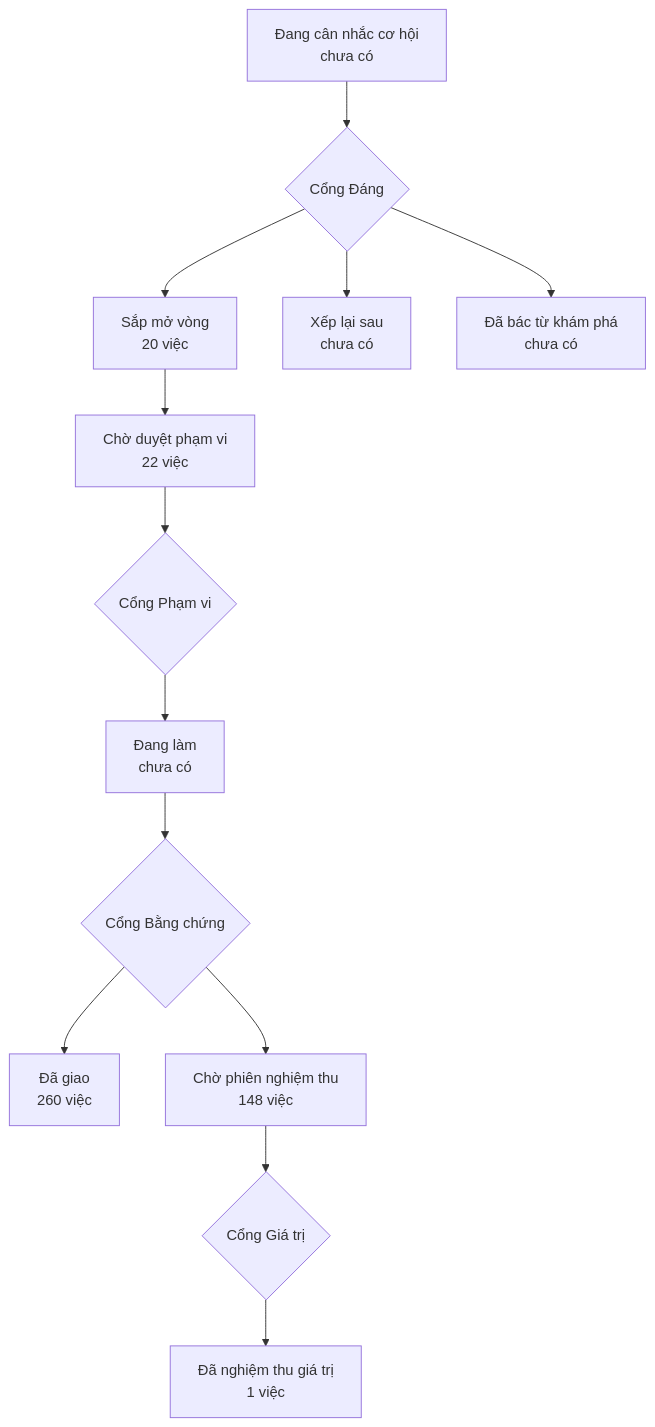
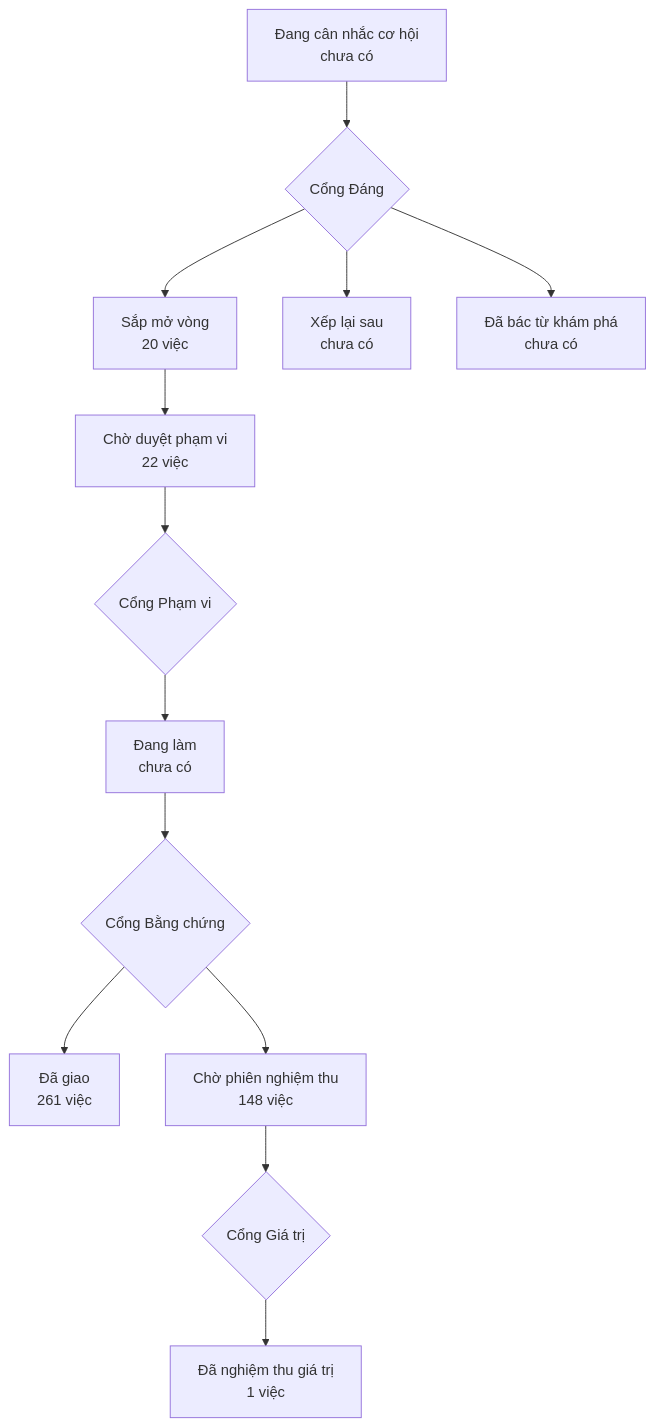
The diagram in PRODUCT-MAP.md (phanlemanh/onehub-invest), drawn with Mermaid before and after one commit. The commit also changed other lines of this file and 55 other files, not shown here.

````diff
--- a/PRODUCT-MAP.md
+++ b/PRODUCT-MAP.md
@@ -7,12 +7,12 @@
 ```mermaid
 flowchart TD
   A["Đang cân nhắc cơ hội<br/>chưa có"] --> GD{"Cổng Đáng"}
   GD --> B["Sắp mở vòng<br/>20 việc"]
   GD --> XL["Xếp lại sau<br/>chưa có"]
   GD --> DB["Đã bác từ khám phá<br/>chưa có"]
   B --> CD["Chờ duyệt phạm vi<br/>22 việc"] --> GP{"Cổng Phạm vi"}
   GP --> DL["Đang làm<br/>chưa có"] --> GB{"Cổng Bằng chứng"}
-  GB --> DG["Đã giao<br/>260 việc"]
+  GB --> DG["Đã giao<br/>261 việc"]
   GB --> CN["Chờ phiên nghiệm thu<br/>148 việc"] --> GG{"Cổng Giá trị"}
   GG --> NT["Đã nghiệm thu giá trị<br/>1 việc"]
 ```
````
